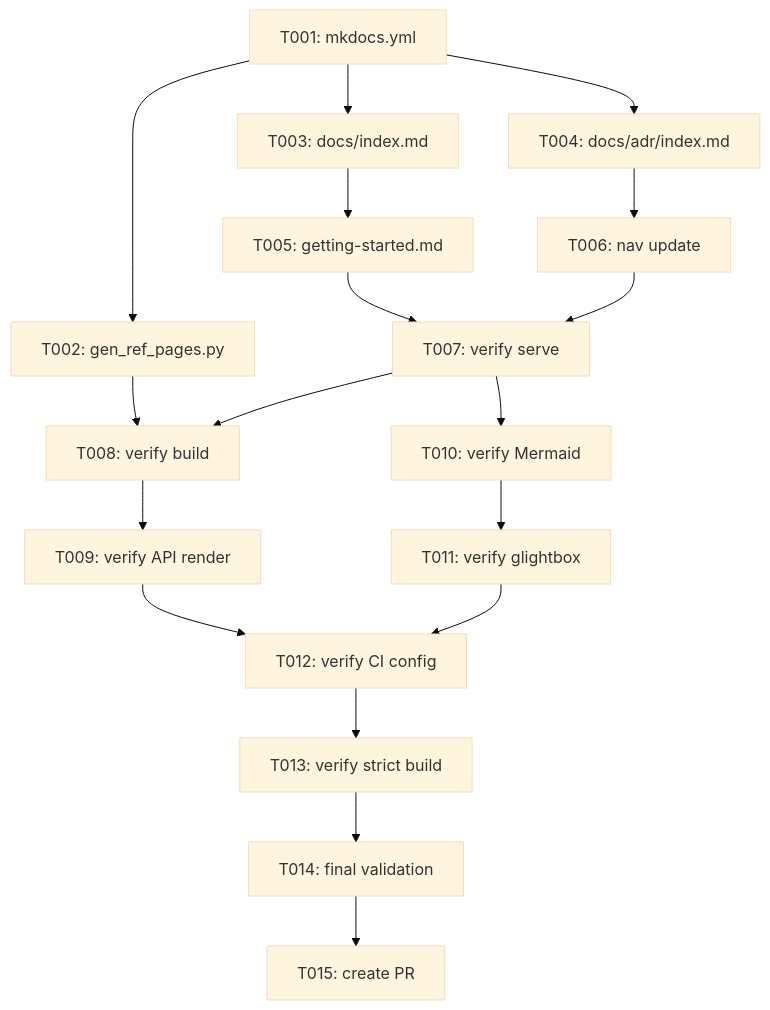
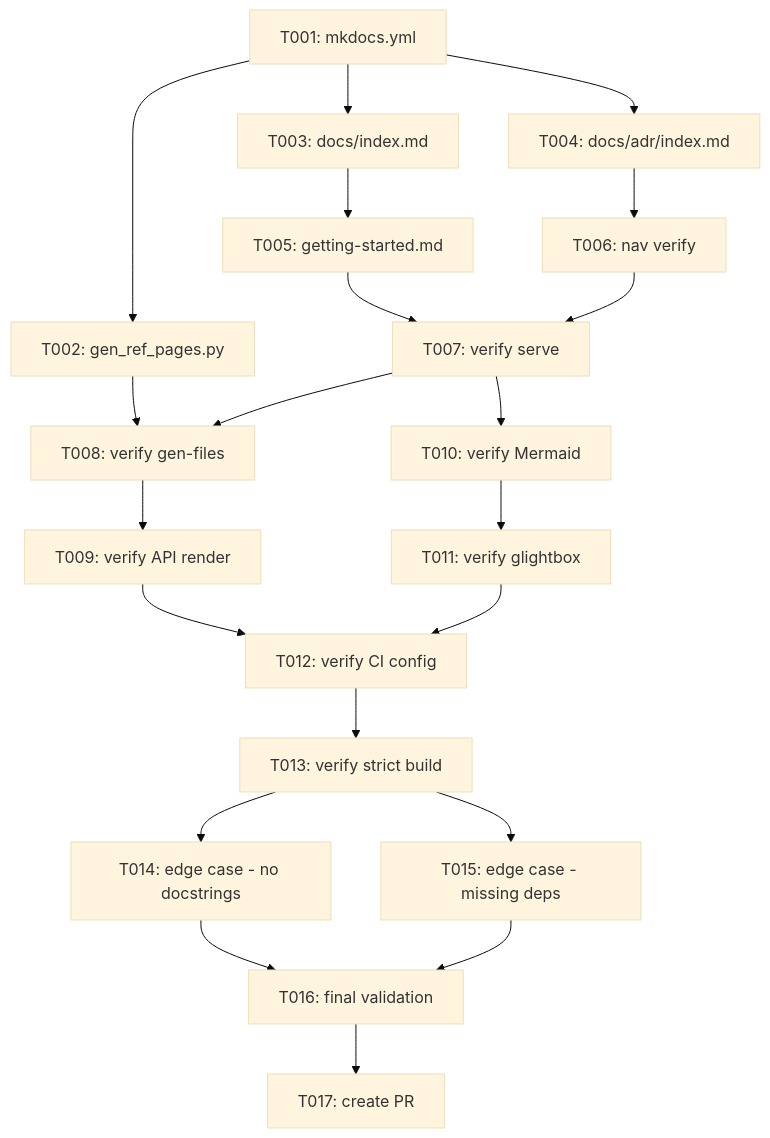
One commit to Alberto-Codes/gepa-adk changed the diagram in specs/003-mkdocs-setup/tasks.md. Above: the diagram before and after it, drawn with Mermaid (base theme). The commit also changed other lines of this file, not shown here.

Commit message:
feat: update task list and validation criteria for MkDocs documentation setup

````diff
--- a/specs/003-mkdocs-setup/tasks.md
+++ b/specs/003-mkdocs-setup/tasks.md
@@ -113,25 +115,28 @@
 ```mermaid
 graph TD
     T001[T001: mkdocs.yml] --> T002[T002: gen_ref_pages.py]
     T001 --> T003[T003: docs/index.md]
     T001 --> T004[T004: docs/adr/index.md]
     
     T003 --> T005[T005: getting-started.md]
-    T004 --> T006[T006: nav update]
+    T004 --> T006[T006: nav verify]
     T005 --> T007[T007: verify serve]
     T006 --> T007
     
-    T002 --> T008[T008: verify build]
+    T002 --> T008[T008: verify gen-files]
     T007 --> T008
     T008 --> T009[T009: verify API render]
     
     T007 --> T010[T010: verify Mermaid]
     T010 --> T011[T011: verify glightbox]
     
     T009 --> T012[T012: verify CI config]
     T011 --> T012
     T012 --> T013[T013: verify strict build]
+    T013 --> T014[T014: edge case - no docstrings]
+    T013 --> T015[T015: edge case - missing deps]
     
-    T013 --> T014[T014: final validation]
-    T014 --> T015[T015: create PR]
+    T014 --> T016[T016: final validation]
+    T015 --> T016
+    T016 --> T017[T017: create PR]
 ```
````
